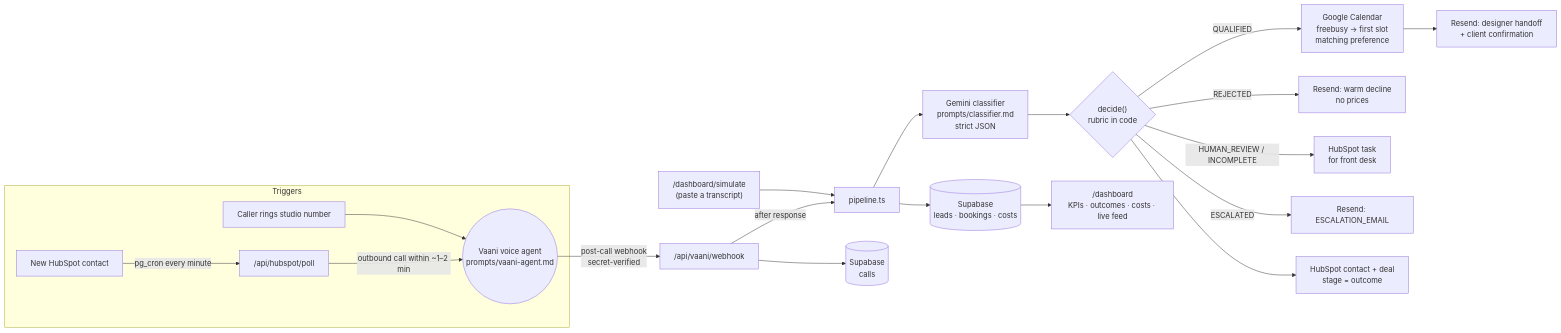
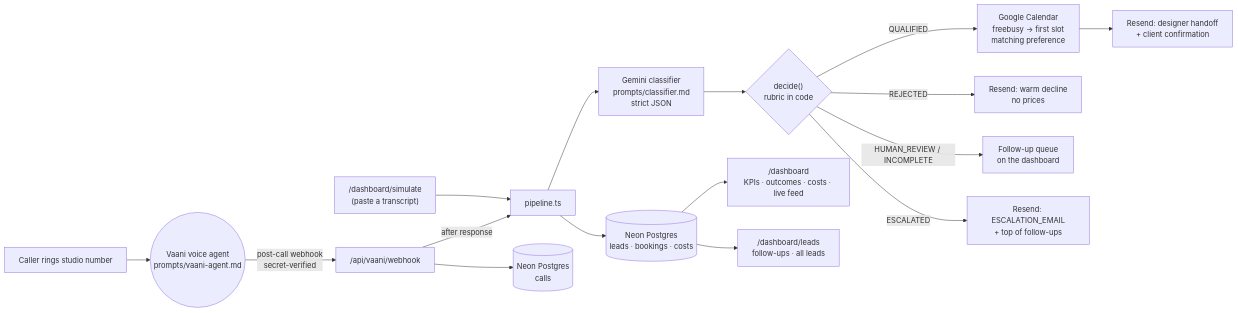
Before and after one commit to rajshreemohta-sys/aangan-studio: the diagram in README.md, drawn with Mermaid. The commit also changed other lines of this file and 25 other files, not shown here.

First line of the commit message:
Move to Neon Postgres; replace HubSpot with a follow-up queue

````diff
--- a/README.md
+++ b/README.md
@@ -15,25 +15,20 @@
 ```mermaid
 flowchart LR
-    subgraph Triggers
-      A[Caller rings studio number] --> V
-      H[New HubSpot contact] -->|pg_cron every minute| P["/api/hubspot/poll"]
-      P -->|outbound call within ~1–2 min| V
-    end
-
-    V((Vaani voice agent<br/>prompts/vaani-agent.md)) -->|post-call webhook<br/>secret-verified| W["/api/vaani/webhook"]
+    A[Caller rings studio number] --> V((Vaani voice agent<br/>prompts/vaani-agent.md))
+    V -->|post-call webhook<br/>secret-verified| W["/api/vaani/webhook"]
     S["/dashboard/simulate<br/>(paste a transcript)"] --> PL
 
-    W --> DB[(Supabase<br/>calls)]
+    W --> DB[(Neon Postgres<br/>calls)]
     W -->|after response| PL[pipeline.ts]
     PL --> G[Gemini classifier<br/>prompts/classifier.md<br/>strict JSON]
     G --> D{"decide()<br/>rubric in code"}
 
     D -->|QUALIFIED| CAL[Google Calendar<br/>freebusy → first slot<br/>matching preference] --> E1[Resend: designer handoff<br/>+ client confirmation]
     D -->|REJECTED| E2[Resend: warm decline<br/>no prices]
-    D -->|HUMAN_REVIEW / INCOMPLETE| T[HubSpot task<br/>for front desk]
-    D -->|ESCALATED| E3[Resend: ESCALATION_EMAIL]
-    D --> HS[HubSpot contact + deal<br/>stage = outcome]
+    D -->|HUMAN_REVIEW / INCOMPLETE| FU[Follow-up queue<br/>on the dashboard]
+    D -->|ESCALATED| E3[Resend: ESCALATION_EMAIL<br/>+ top of follow-ups]
 
-    PL --> DB2[(Supabase<br/>leads · bookings · costs)]
+    PL --> DB2[(Neon Postgres<br/>leads · bookings · costs)]
     DB2 --> DASH["/dashboard<br/>KPIs · outcomes · costs · live feed"]
+    DB2 --> LEADS["/dashboard/leads<br/>follow-ups · all leads"]
 ```
````
